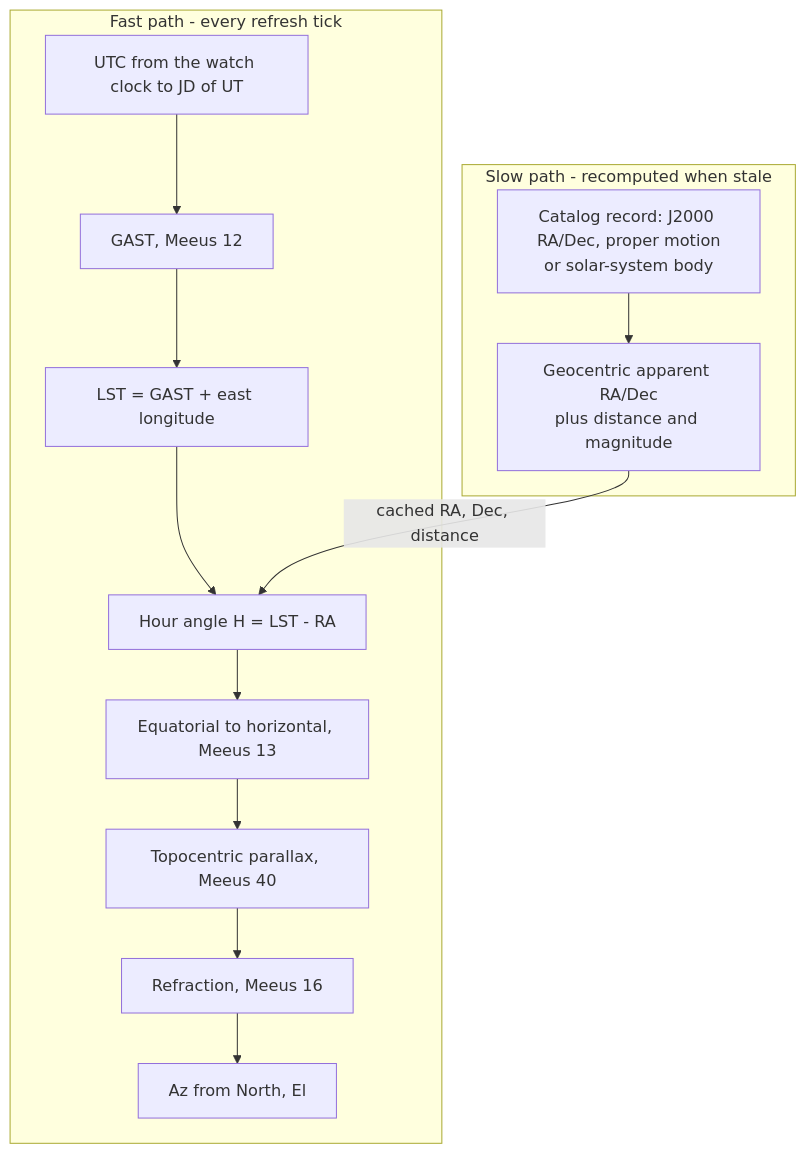
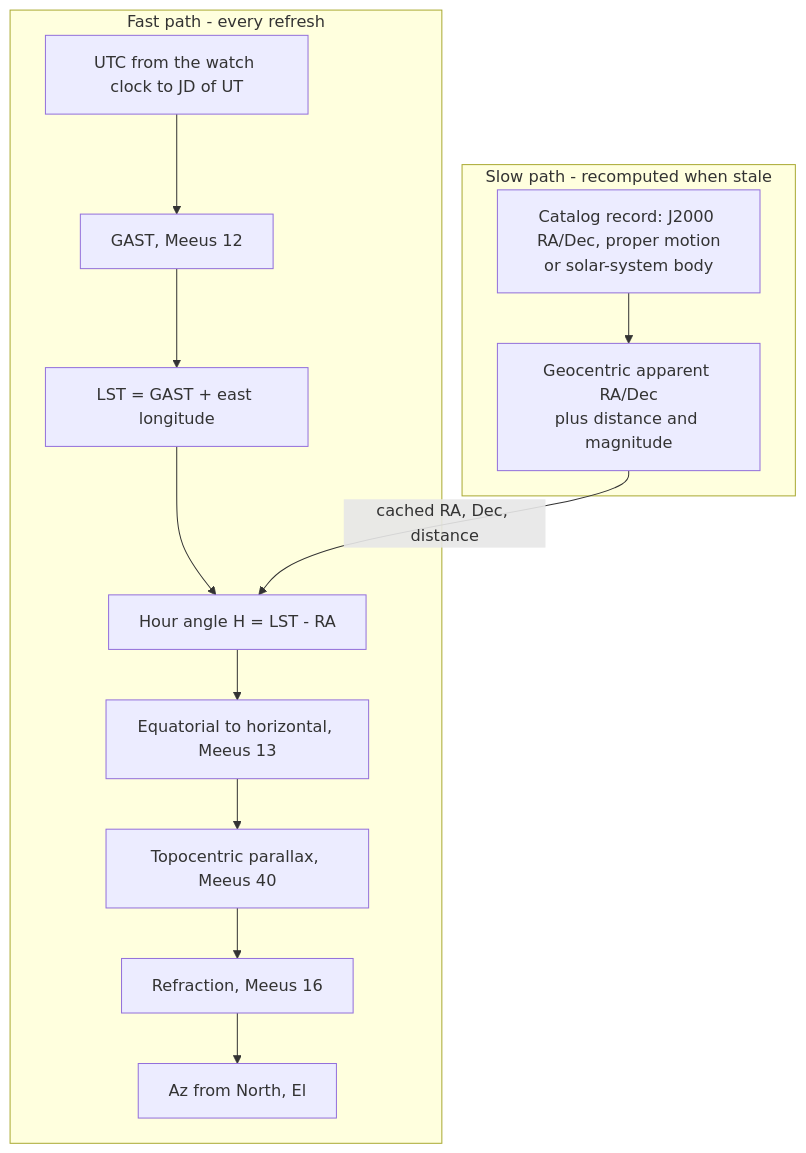
Before and after one commit to ewsandor/AstroSlop: the tenth of 10 diagrams in docs/DESIGN.md, drawn with Mermaid. The commit also changed other lines of this file and 6 other files, not shown here.

````diff
--- a/docs/DESIGN.md
+++ b/docs/DESIGN.md
@@ -705,16 +723,16 @@
 ```mermaid
 flowchart TB
     subgraph SLOW["Slow path - recomputed when stale"]
         S1["Catalog record: J2000 RA/Dec, proper motion<br/>or solar-system body"] --> S2["Geocentric apparent RA/Dec<br/>plus distance and magnitude"]
     end
-    subgraph FAST["Fast path - every refresh tick"]
+    subgraph FAST["Fast path - every refresh"]
         F1["UTC from the watch clock to JD of UT"] --> F2["GAST, Meeus 12"]
         F2 --> F3["LST = GAST + east longitude"]
         F3 --> F4["Hour angle H = LST - RA"]
         F4 --> F5["Equatorial to horizontal, Meeus 13"]
         F5 --> F6["Topocentric parallax, Meeus 40"]
         F6 --> F7["Refraction, Meeus 16"]
         F7 --> F8["Az from North, El"]
     end
     S2 -->|"cached RA, Dec, distance"| F4
 ```
````
